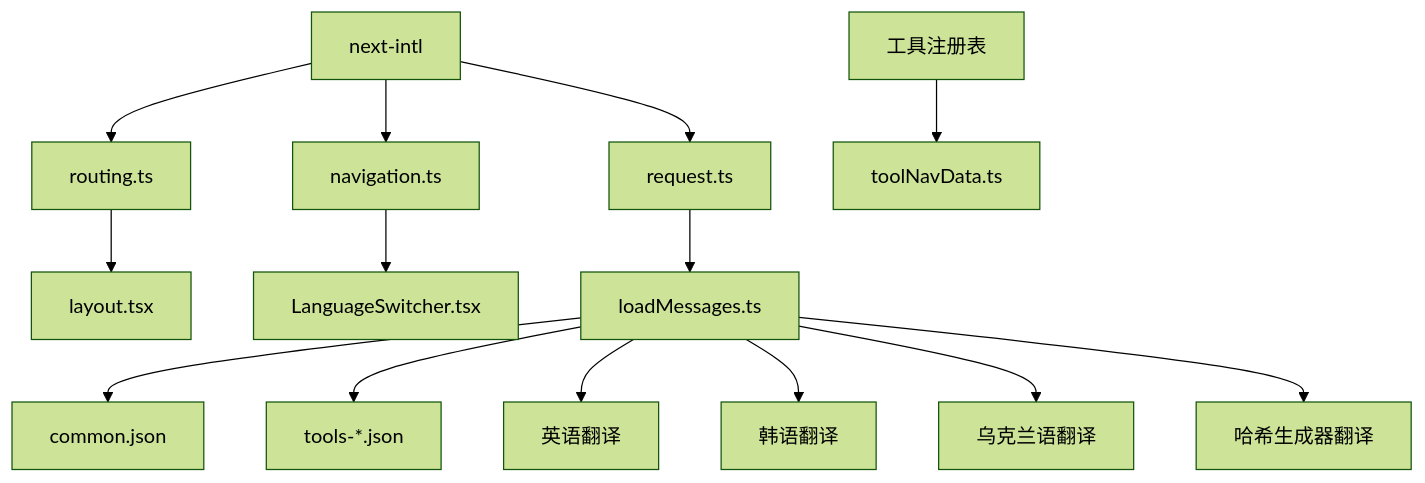
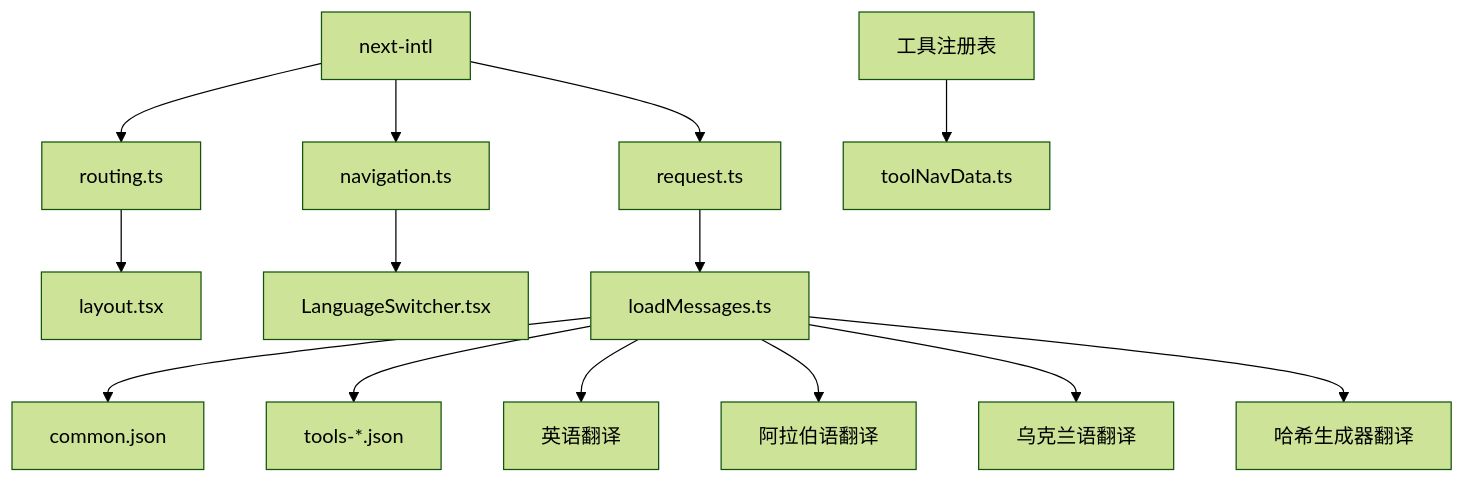
One commit to sgyy/privadeck changed the ninth of 9 diagrams in .qoder/repowiki/zh/content/国际化系统.md. Above: the diagram before and after it, drawn with Mermaid (forest theme). The commit also changed other lines of this file and 2 other files, not shown here.

````diff
--- a/.qoder/repowiki/zh/content/国际化系统.md
+++ b/.qoder/repowiki/zh/content/国际化系统.md
@@ -378,16 +391,16 @@
 ```mermaid
 graph TB
 NEXTINTL["next-intl"] --> ROUTING["routing.ts"]
 NEXTINTL --> NAV["navigation.ts"]
 NEXTINTL --> REQUEST["request.ts"]
 ROUTING --> LAYOUT["layout.tsx"]
 NAV --> SWITCHER["LanguageSwitcher.tsx"]
 REQUEST --> LOAD["loadMessages.ts"]
 LOAD --> COMMON["common.json"]
 LOAD --> TOOLS["tools-*.json"]
 LOAD --> EN["英语翻译"]
-LOAD --> KO["韩语翻译"]
+LOAD --> AR["阿拉伯语翻译"]
 LOAD --> UK["乌克兰语翻译"]
 LOAD --> HASH["哈希生成器翻译"]
 REGISTRY["工具注册表"] --> TOOLNAV["toolNavData.ts"]
 ```
````
